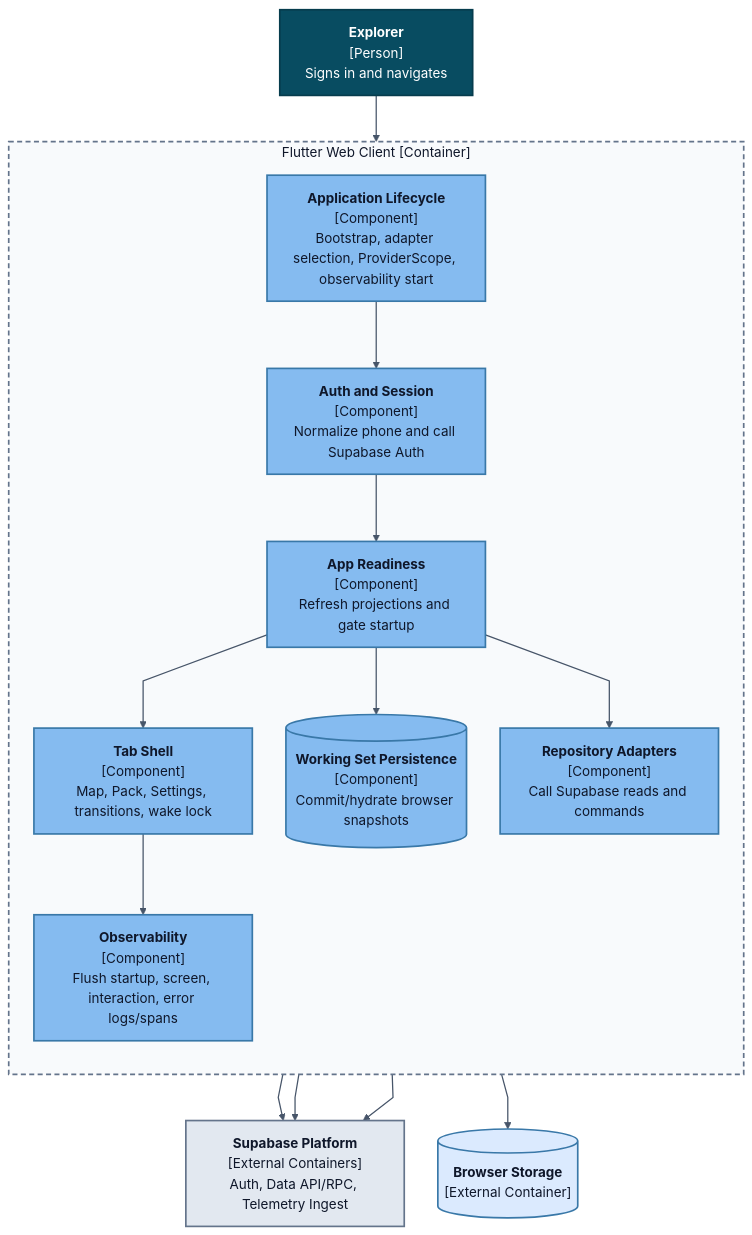
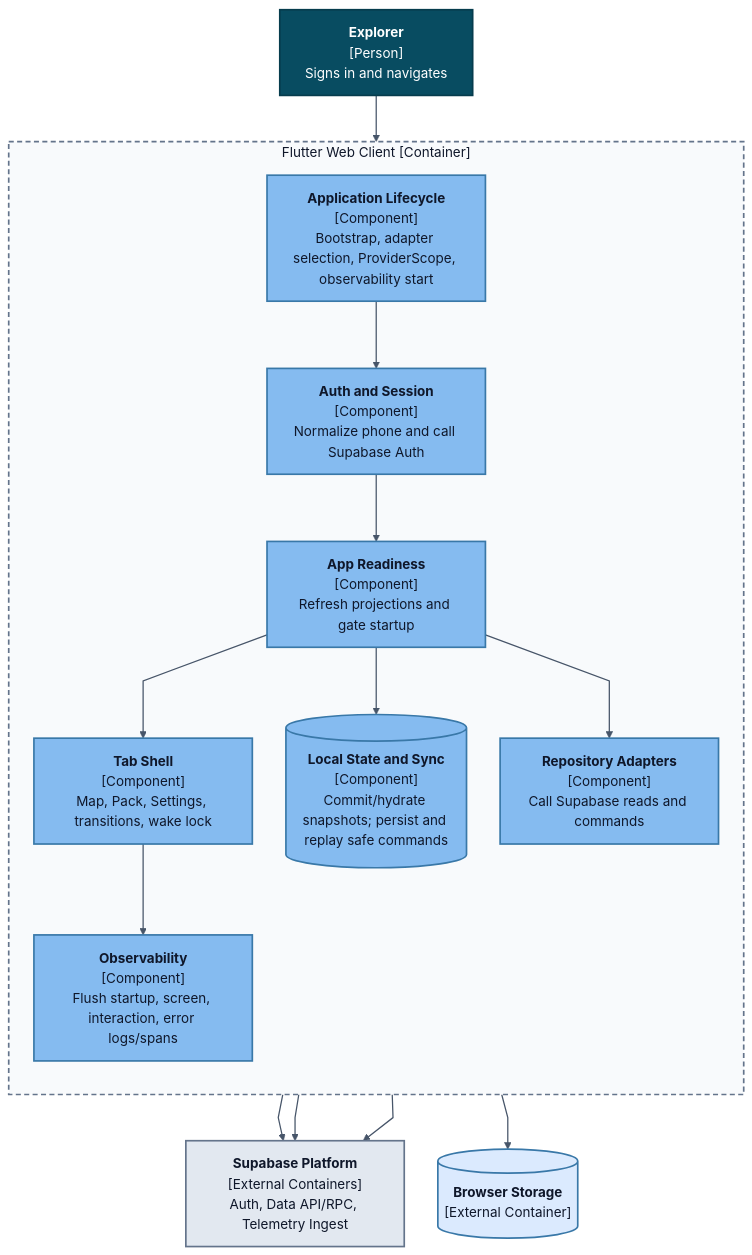
The diagram in docs/c4/03-component-flutter-lifecycle.mmd (JMLegere/geo-app), drawn with Mermaid before and after one commit. The commit also changed 31 other files, not shown here.

```diff
--- a/docs/c4/03-component-flutter-lifecycle.mmd
+++ b/docs/c4/03-component-flutter-lifecycle.mmd
@@ -1,41 +1,41 @@
 %% GENERATED by scripts/generate_c4_diagrams.py — do not edit.
 %%{init: {'theme': 'base', 'themeVariables': {'background': '#ffffff', 'primaryTextColor': '#0f172a', 'lineColor': '#475569', 'fontFamily': 'Arial, sans-serif', 'edgeLabelBackground': '#ffffff', 'actorLineColor': '#64748b', 'signalColor': '#334155', 'labelBoxBorderColor': '#475569', 'labelTextColor': '#0f172a', 'loopLineColor': '#64748b', 'loopTextColor': '#0f172a'}, 'sequence': {'mirrorActors': false, 'diagramMarginX': 30, 'diagramMarginY': 20, 'actorMargin': 40, 'messageMargin': 35}, 'flowchart': {'curve': 'linear', 'nodeSpacing': 40, 'rankSpacing': 55}}}%%
 flowchart TB
     explorer["<b>Explorer</b><br/>[Person]<br/>Signs in and navigates"]
     platform["<b>Supabase Platform</b><br/>[External Containers]<br/>Auth, Data API/RPC, Telemetry Ingest"]
     browser[("<b>Browser Storage</b><br/>[External Container]")]
 
     subgraph client["Flutter Web Client [Container]"]
         direction TB
         lifecycle["<b>Application Lifecycle</b><br/>[Component]<br/>Bootstrap, adapter selection, ProviderScope, observability start"]
         auth_component["<b>Auth and Session</b><br/>[Component]<br/>Normalize phone and call Supabase Auth"]
         readiness["<b>App Readiness</b><br/>[Component]<br/>Refresh projections and gate startup"]
-        working[("<b>Working Set Persistence</b><br/>[Component]<br/>Commit/hydrate browser snapshots")]
+        working[("<b>Local State and Sync</b><br/>[Component]<br/>Commit/hydrate snapshots; persist and replay safe commands")]
         adapters["<b>Repository Adapters</b><br/>[Component]<br/>Call Supabase reads and commands"]
         shell["<b>Tab Shell</b><br/>[Component]<br/>Map, Pack, Settings, transitions, wake lock"]
         observability["<b>Observability</b><br/>[Component]<br/>Flush startup, screen, interaction, error logs/spans"]
 
         lifecycle --> auth_component
         auth_component --> readiness
         readiness --> shell
         readiness --> working
         readiness --> adapters
         shell --> observability
     end
 
     explorer --> lifecycle
     auth_component --> platform
     adapters --> platform
     observability --> platform
     working --> browser
 
     class explorer person
     class lifecycle,auth_component,readiness,working,shell,adapters,observability component
     class platform external
     class browser database
     classDef person fill:#084c61,color:#ffffff,stroke:#063c4d,stroke-width:2px;
     classDef component fill:#85bbf0,color:#0f172a,stroke:#3978a8,stroke-width:2px;
     classDef external fill:#e2e8f0,color:#0f172a,stroke:#64748b,stroke-width:2px;
     classDef database fill:#dbeafe,color:#0f172a,stroke:#3978a8,stroke-width:2px;
     style client fill:#f8fafc,stroke:#64748b,stroke-width:2px,stroke-dasharray:6 4,color:#0f172a;
     linkStyle default stroke:#475569,color:#0f172a,stroke-width:1.5px;
```
